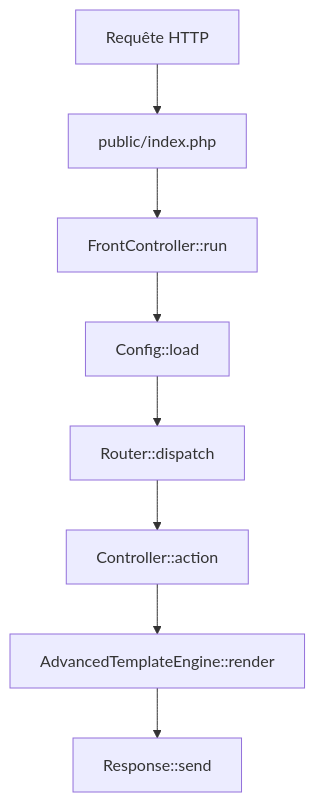
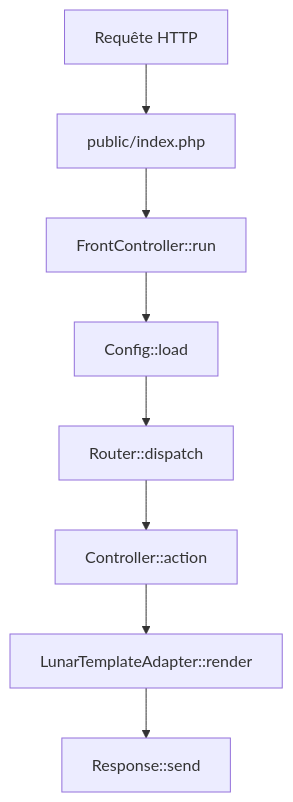
One commit to yrbane/lunar-quanta changed the diagram in doc/architecture.md. Above: the diagram before and after it, drawn with Mermaid. The commit also changed other lines of this file and 2 other files, not shown here.

First line of the commit message:
docs: update documentation for lunar-template separation

````diff
--- a/doc/architecture.md
+++ b/doc/architecture.md
@@ -16,10 +16,10 @@
 ```mermaid
 graph TD
     A[Requête HTTP] --> B[public/index.php]
     B --> C[FrontController::run]
     C --> D[Config::load]
     D --> E[Router::dispatch]
     E --> F[Controller::action]
-    F --> G[AdvancedTemplateEngine::render]
+    F --> G[LunarTemplateAdapter::render]
     G --> H[Response::send]
 ```
````
